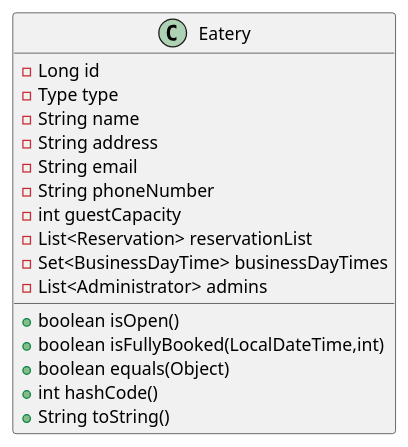
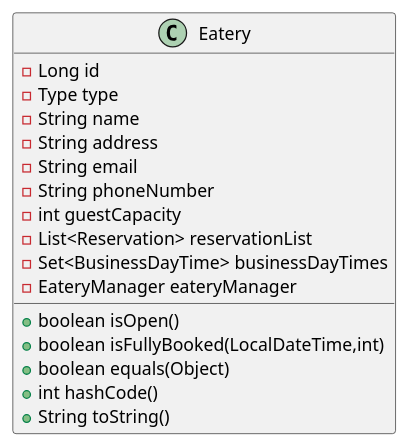
One commit to kyklospi/eatery changed the diagram in diagram/eatery.puml. Above: the diagram before and after it, drawn with PlantUML. The commit also changed 16 other files, not shown here.

```diff
--- a/diagram/eatery.puml
+++ b/diagram/eatery.puml
@@ -1,19 +1,19 @@
 @startuml
 class Eatery {
 - Long id
 - Type type
 - String name
 - String address
 - String email
 - String phoneNumber
 - int guestCapacity
 - List<Reservation> reservationList
 - Set<BusinessDayTime> businessDayTimes
-- List<Administrator> admins
+- EateryManager eateryManager
 + boolean isOpen()
 + boolean isFullyBooked(LocalDateTime,int)
 + boolean equals(Object)
 + int hashCode()
 + String toString()
 }
 @enduml
```
